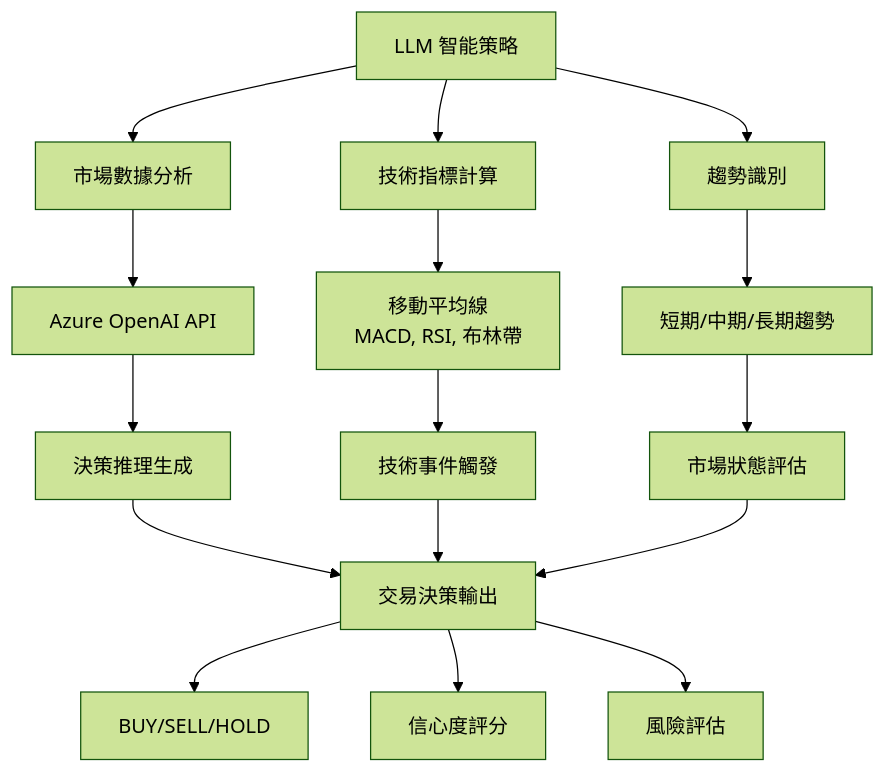
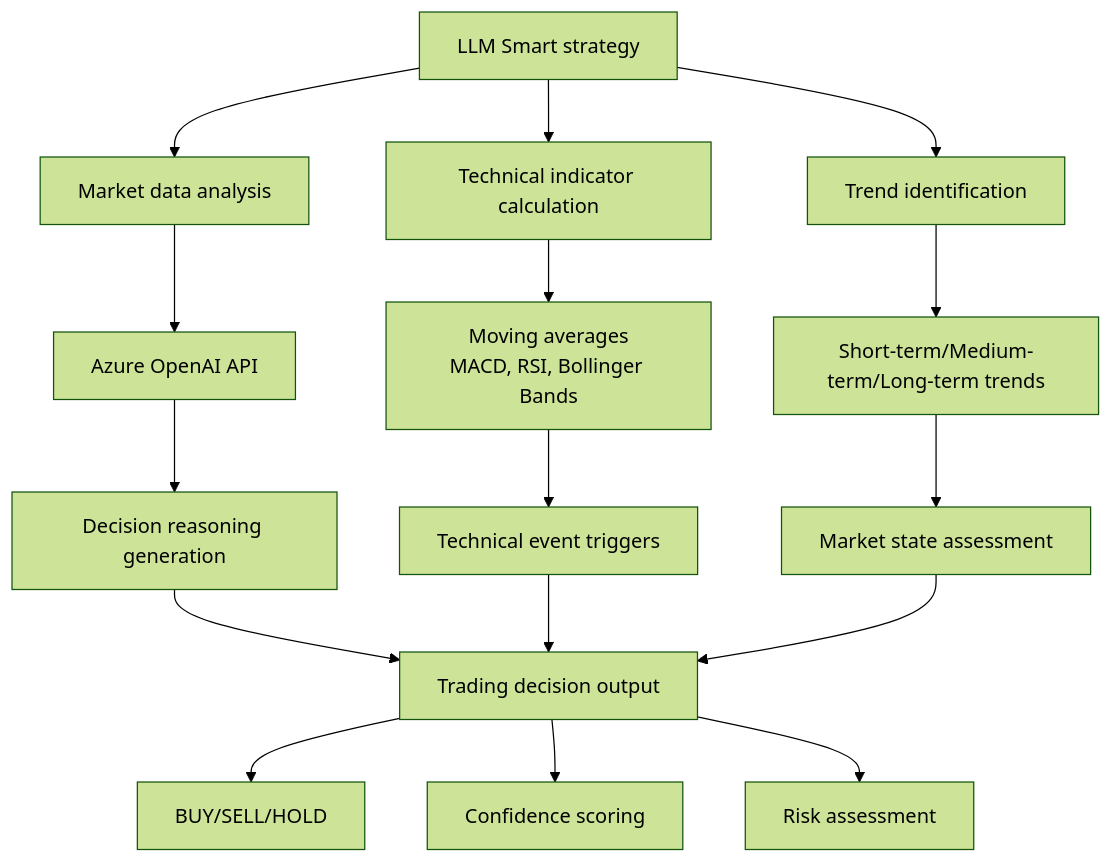
Before and after one commit to TomeyGeneralCompany/llm-stock-trader-of-awesomeness: the fourth of 6 diagrams in design.md, drawn with Mermaid (forest theme). The commit also changed other lines of this file and 28 other files, not shown here.

````diff
--- a/design.md
+++ b/design.md
@@ -94,22 +94,22 @@
 ```mermaid
 flowchart TD
-    A[LLM 智能策略] --> B[市場數據分析]
-    A --> C[技術指標計算]
-    A --> D[趨勢識別]
+    A[LLM Smart strategy] --> B[Market data analysis]
+    A --> C[Technical indicator calculation]
+    A --> D[Trend identification]
     
     B --> E[Azure OpenAI API]
-    C --> F[移動平均線<br/>MACD, RSI, 布林帶]
-    D --> G[短期/中期/長期趨勢]
+    C --> F[Moving averages<br/>MACD, RSI, Bollinger Bands]
+    D --> G[Short-term/Medium-term/Long-term trends]
     
-    E --> H[決策推理生成]
-    F --> I[技術事件觸發]
-    G --> J[市場狀態評估]
+    E --> H[Decision reasoning generation]
+    F --> I[Technical event triggers]
+    G --> J[Market state assessment]
     
-    H --> K[交易決策輸出]
+    H --> K[Trading decision output]
     I --> K
     J --> K
     
     K --> L[BUY/SELL/HOLD]
-    K --> M[信心度評分]
-    K --> N[風險評估]
+    K --> M[Confidence scoring]
+    K --> N[Risk assessment]
 ```
````
